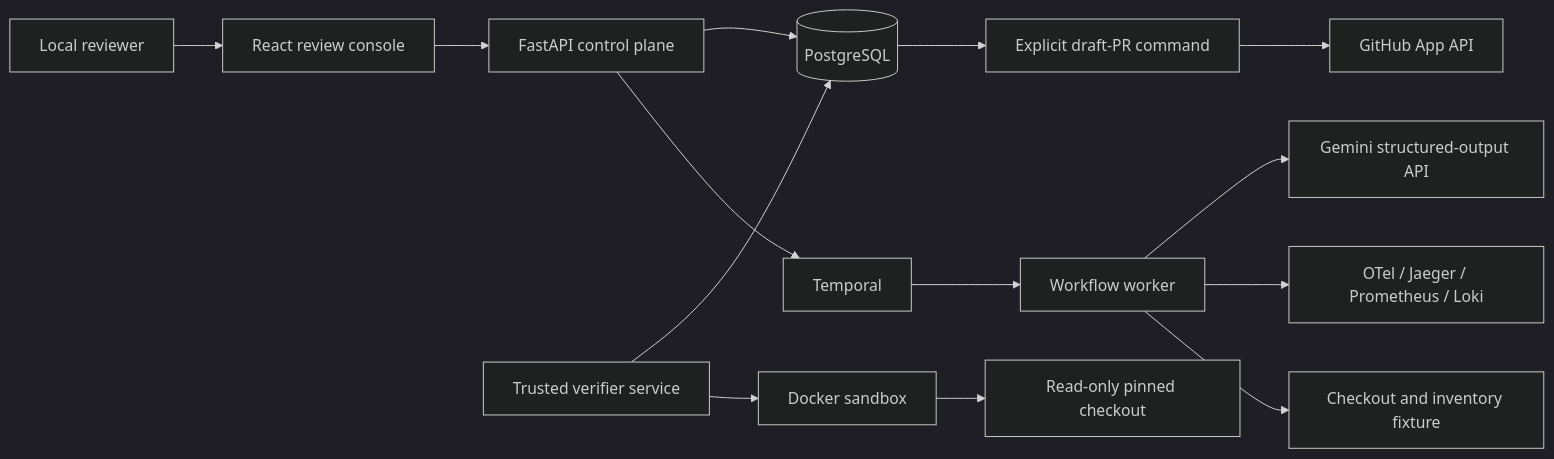
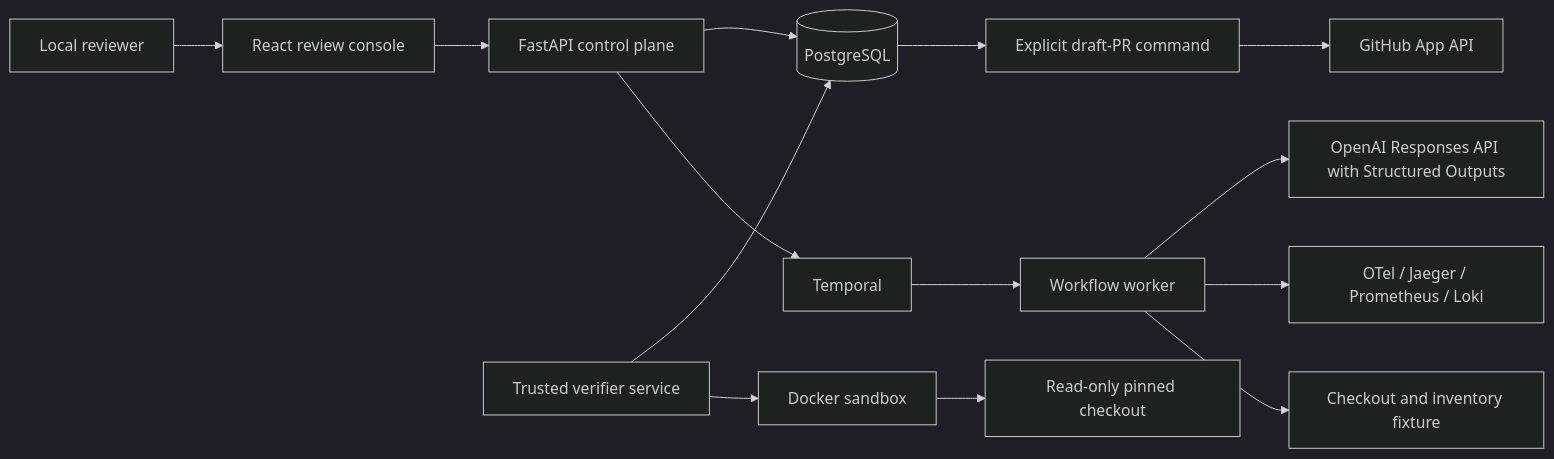
One commit to rajat-blr/incidentlab changed the diagram in docs/architecture.md. Above: the diagram before and after it, drawn with Mermaid (dark theme). The commit also changed other lines of this file and 31 other files, not shown here.

Commit message:
New UI with openAI replaced with gemini SDK

````diff
--- a/docs/architecture.md
+++ b/docs/architecture.md
@@ -3,16 +3,16 @@
 ```mermaid
 flowchart LR
     U[Local reviewer] --> UI[React review console]
     UI --> API[FastAPI control plane]
     API --> DB[(PostgreSQL)]
     API --> T[Temporal]
     T --> W[Workflow worker]
-    W --> G[Gemini structured-output API]
+    W --> G[OpenAI Responses API with Structured Outputs]
     W --> O[OTel / Jaeger / Prometheus / Loki]
     W --> S[Checkout and inventory fixture]
     H[Trusted verifier service] --> DB
     H --> D[Docker sandbox]
     D --> C[Read-only pinned checkout]
     CLI[Explicit draft-PR command] --> GH[GitHub App API]
     DB --> CLI
 ```
````
